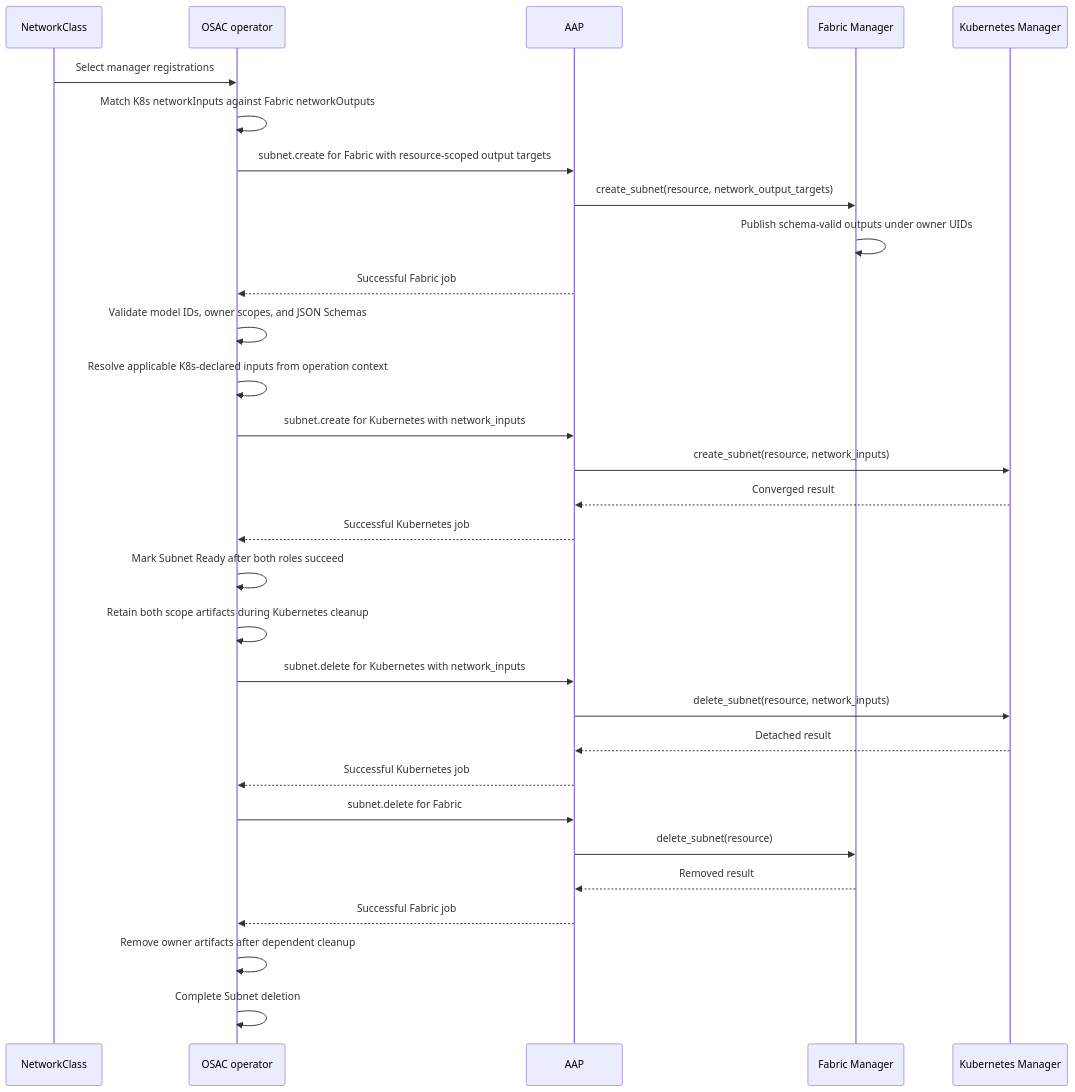
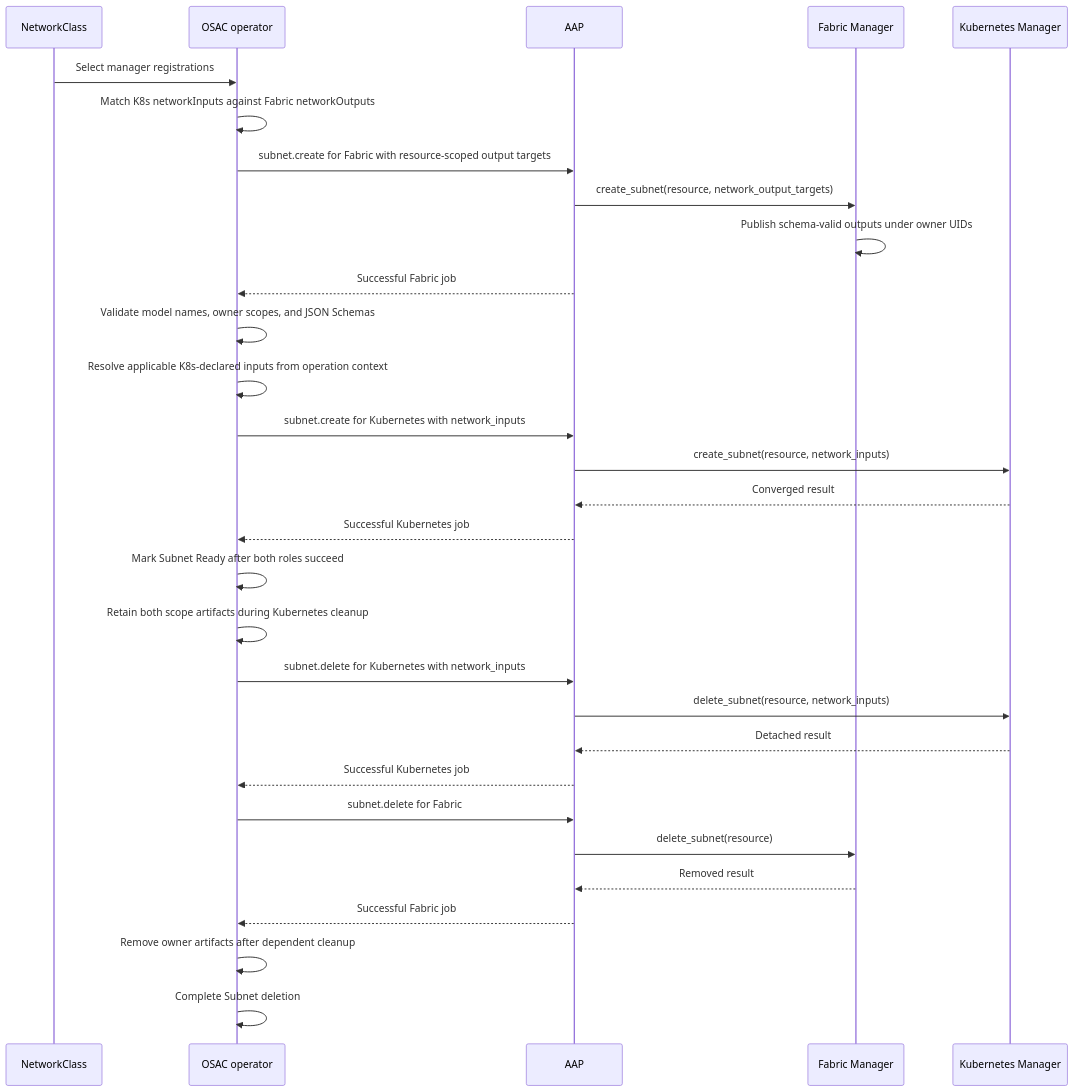
The first of 2 diagrams in enhancements/OSAC-1433-network-manager-integration-contract-networking/design.md (danmanor/enhancement-proposals), drawn with Mermaid before and after one commit. The commit also changed other lines of this file and 3 other files, not shown here.

Commit message:
docs: harden networking model schema contract

````diff
--- a/enhancements/OSAC-1433-network-manager-integration-contract-networking/design.md
+++ b/enhancements/OSAC-1433-network-manager-integration-contract-networking/design.md
@@ -450,34 +437,34 @@
 ```mermaid
 sequenceDiagram
     participant NC as NetworkClass
     participant Operator as OSAC operator
     participant AAP as AAP
     participant Fabric as Fabric Manager
     participant K8s as Kubernetes Manager
 
     NC->>Operator: Select manager registrations
     Operator->>Operator: Match K8s networkInputs against Fabric networkOutputs
     Operator->>AAP: subnet.create for Fabric with resource-scoped output targets
     AAP->>Fabric: create_subnet(resource, network_output_targets)
     Fabric->>Fabric: Publish schema-valid outputs under owner UIDs
     AAP-->>Operator: Successful Fabric job
-    Operator->>Operator: Validate model IDs, owner scopes, and JSON Schemas
+    Operator->>Operator: Validate model names, owner scopes, and JSON Schemas
     Operator->>Operator: Resolve applicable K8s-declared inputs from operation context
     Operator->>AAP: subnet.create for Kubernetes with network_inputs
     AAP->>K8s: create_subnet(resource, network_inputs)
     K8s-->>AAP: Converged result
     AAP-->>Operator: Successful Kubernetes job
     Operator->>Operator: Mark Subnet Ready after both roles succeed
 
     Operator->>Operator: Retain both scope artifacts during Kubernetes cleanup
     Operator->>AAP: subnet.delete for Kubernetes with network_inputs
     AAP->>K8s: delete_subnet(resource, network_inputs)
     K8s-->>AAP: Detached result
     AAP-->>Operator: Successful Kubernetes job
     Operator->>AAP: subnet.delete for Fabric
     AAP->>Fabric: delete_subnet(resource)
     Fabric-->>AAP: Removed result
     AAP-->>Operator: Successful Fabric job
     Operator->>Operator: Remove owner artifacts after dependent cleanup
     Operator->>Operator: Complete Subnet deletion
 ```
````
